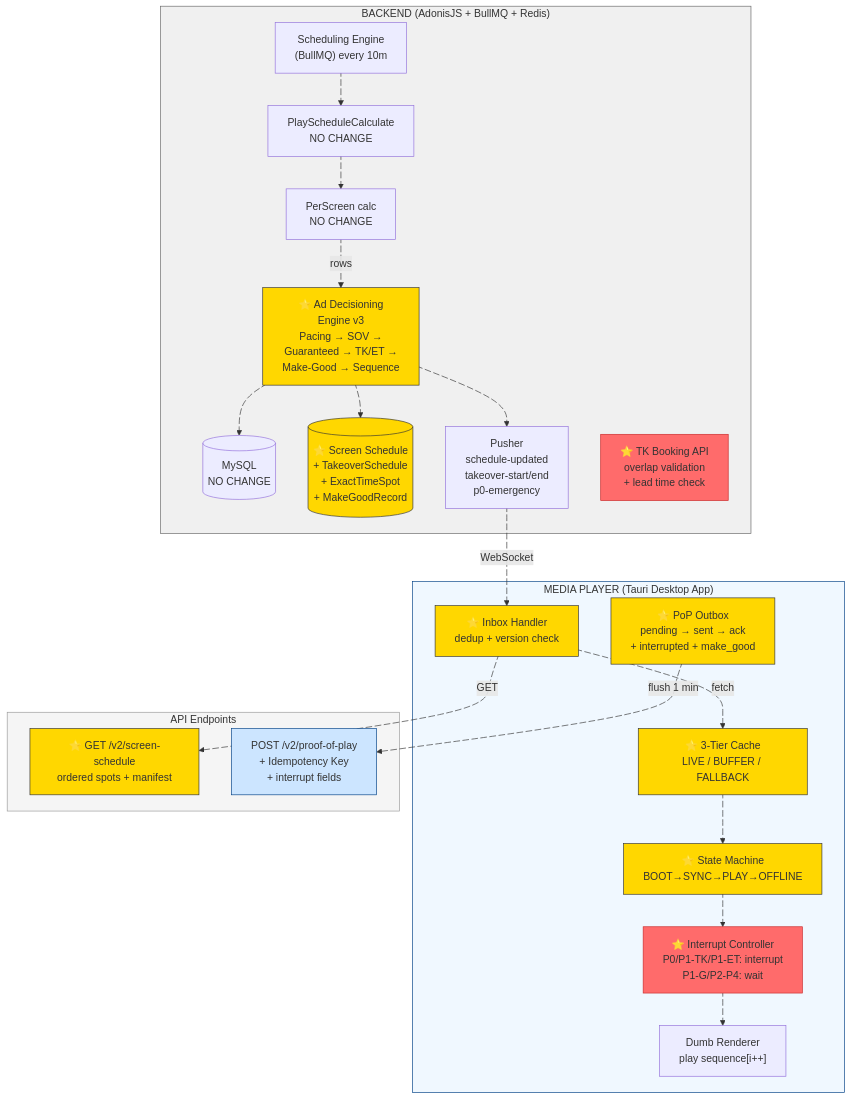
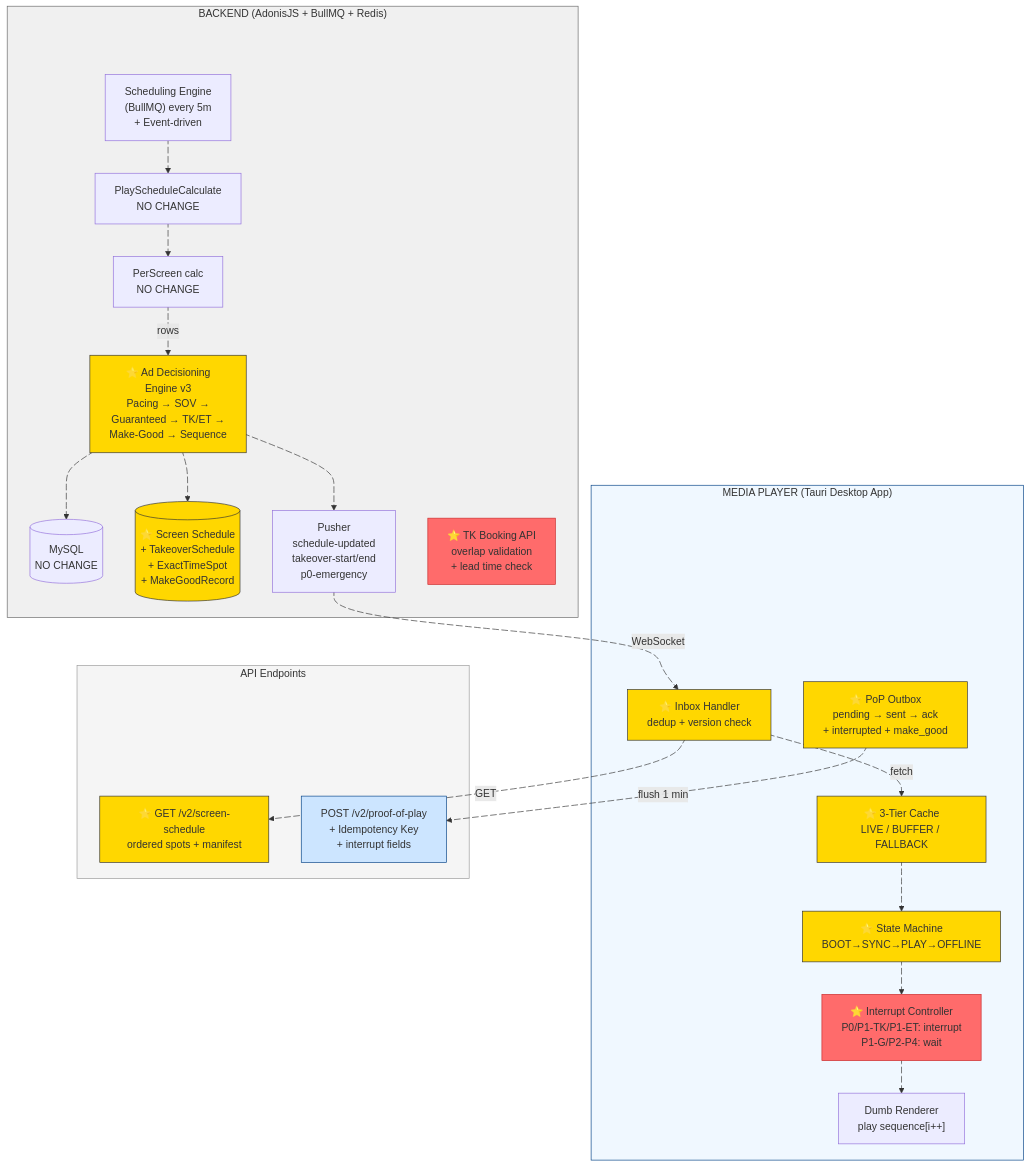
Before and after one commit to wasikarn/jira-generator: the diagram in scripts/diagrams/01-proposed-architecture.mmd, drawn with Mermaid. The commit also changed 8 other files, not shown here.

```diff
--- a/scripts/diagrams/01-proposed-architecture.mmd
+++ b/scripts/diagrams/01-proposed-architecture.mmd
@@ -1,51 +1,55 @@
 flowchart TD
     subgraph BE["BACKEND (AdonisJS + BullMQ + Redis)"]
-        Cron["Scheduling Engine<br/>(BullMQ) every 10m"] e4@--> Calc["PlayScheduleCalculate<br/>NO CHANGE"]
+        BE_pad[ ]:::spacer ~~~ Cron
+        Cron["Scheduling Engine<br/>(BullMQ) every 5m<br/>+ Event-driven"] e4@--> Calc["PlayScheduleCalculate<br/>NO CHANGE"]
         Calc e5@--> Per["PerScreen calc<br/>NO CHANGE"]
         Per e6@-->|"rows"| PB["⭐ Ad Decisioning<br/>Engine v3<br/>Pacing → SOV →<br/>Guaranteed → TK/ET →<br/>Make-Good → Sequence"]
         PB e7@--> DB[("MySQL<br/>NO CHANGE")]
         PB e8@--> DPL[("⭐ Screen Schedule<br/>+ TakeoverSchedule<br/>+ ExactTimeSpot<br/>+ MakeGoodRecord")]
         PB e9@--> Push["Pusher<br/>schedule-updated<br/>takeover-start/end<br/>p0-emergency"]
         TKB["⭐ TK Booking API<br/>overlap validation<br/>+ lead time check"]
     end
     Push e1@-->|"WebSocket"| INB
     subgraph PL["MEDIA PLAYER (Tauri Desktop App)"]
+        PL_pad[ ]:::spacer ~~~ INB
         INB["⭐ Inbox Handler<br/>dedup + version check"]
         INB e10@-->|"fetch"| CACHE["⭐ 3-Tier Cache<br/>LIVE / BUFFER / FALLBACK"]
         CACHE e11@--> SM["⭐ State Machine<br/>BOOT→SYNC→PLAY→OFFLINE"]
         SM e12@--> IC["⭐ Interrupt Controller<br/>P0/P1-TK/P1-ET: interrupt<br/>P1-G/P2-P4: wait"]
         IC e13@--> REN["Dumb Renderer<br/>play sequence[i++]"]
         OUT["⭐ PoP Outbox<br/>pending → sent → ack<br/>+ interrupted + make_good"]
     end
     subgraph APILAYER["API Endpoints"]
+        API_pad[ ]:::spacer ~~~ API1
         API1["⭐ GET /v2/screen-schedule<br/>ordered spots + manifest"]
         API2["POST /v2/proof-of-play<br/>+ Idempotency Key<br/>+ interrupt fields"]
     end
     INB e2@-->|"GET"| API1
     OUT e3@-->|"flush 1 min"| API2
     e1@{ animation: slow }
     e2@{ animation: slow }
     e3@{ animation: slow }
     e4@{ animation: fast }
     e5@{ animation: fast }
     e6@{ animation: fast }
     e7@{ animation: slow }
     e8@{ animation: slow }
     e9@{ animation: fast }
     e10@{ animation: fast }
     e11@{ animation: fast }
     e12@{ animation: fast }
     e13@{ animation: fast }
+    classDef spacer fill:none,stroke:none,color:transparent
     style BE fill:#f0f0f0,stroke:#666
     style PL fill:#f0f8ff,stroke:#004085
     style APILAYER fill:#f5f5f5,stroke:#999
     style PB fill:#ffd700,stroke:#333
     style DPL fill:#ffd700,stroke:#333
     style INB fill:#ffd700,stroke:#333
     style CACHE fill:#ffd700,stroke:#333
     style SM fill:#ffd700,stroke:#333
     style IC fill:#ff6b6b,stroke:#c92a2a
     style OUT fill:#ffd700,stroke:#333
     style API1 fill:#ffd700,stroke:#333
     style API2 fill:#cce5ff,stroke:#004085
     style TKB fill:#ff6b6b,stroke:#c92a2a
```
